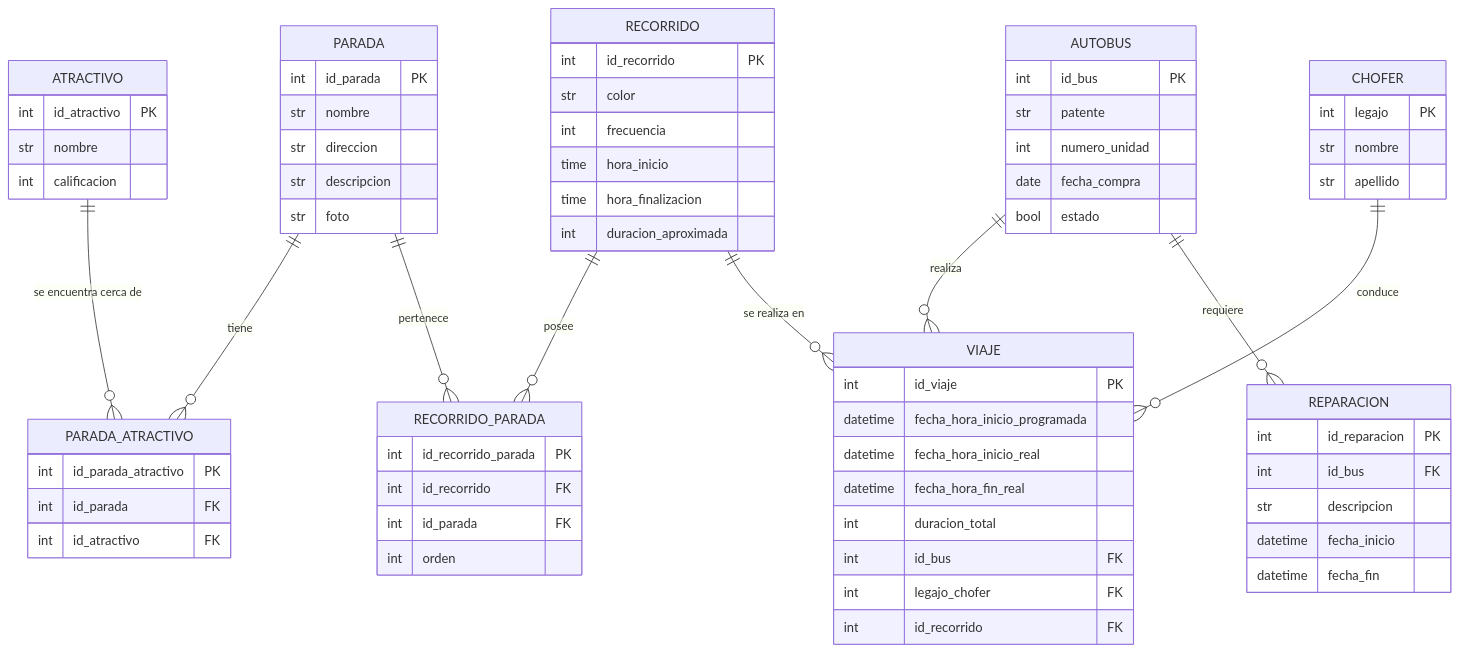
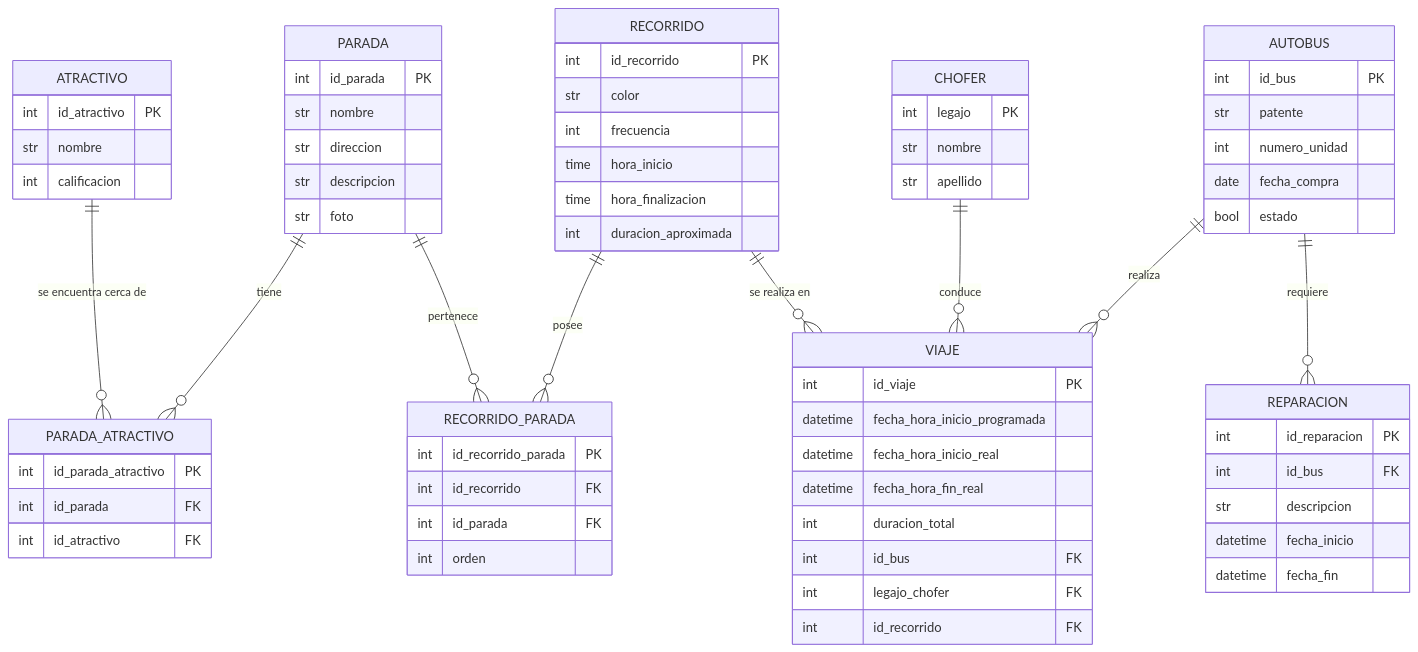
Before and after one commit to Villada-PG3/trabajo-practico-integrador-bus_turistico: the diagram in docs/derBusTuristico.mmd, drawn with Mermaid. The commit also changed other lines of this file, not shown here.

Commit message:
Actualizacion de las lineas del diagrama

```diff
--- a/docs/derBusTuristico.mmd
+++ b/docs/derBusTuristico.mmd
@@ -1,81 +1,81 @@
 erDiagram
     RECORRIDO_PARADA{
         int id_recorrido_parada PK
         int id_recorrido FK
         int id_parada FK
         int orden
     }
     
     PARADA_ATRACTIVO{
         int id_parada_atractivo PK
         int id_parada FK
         int id_atractivo FK
 
     }
     
     ATRACTIVO{
         int id_atractivo PK
         str nombre
         int calificacion
     }
     
     PARADA{
         int id_parada PK
         str nombre
         str direccion
         str descripcion
         str foto
     }
 
     RECORRIDO{
         int id_recorrido PK
         str color
         int frecuencia
         time hora_inicio
         time hora_finalizacion
         int duracion_aproximada
     }
 
     VIAJE{
         int id_viaje PK
         datetime fecha_hora_inicio_programada
         datetime fecha_hora_inicio_real
         datetime fecha_hora_fin_real
         int duracion_total
         int id_bus FK
         int legajo_chofer FK
         int id_recorrido FK
     }
 
     AUTOBUS{
         int id_bus PK
         str patente
         int numero_unidad
         date fecha_compra
         bool estado
     }
     
     CHOFER{
         int legajo PK
         str nombre
         str apellido
     }
 
     REPARACION {
         int id_reparacion PK
         int id_bus FK
         str descripcion
         datetime fecha_inicio
         datetime fecha_fin
     }
 
 %%RELACIONES:
 
 RECORRIDO ||--o{ RECORRIDO_PARADA : "posee"
 PARADA ||--o{ PARADA_ATRACTIVO : "tiene"
 PARADA ||--o{ RECORRIDO_PARADA : "pertenece"
 ATRACTIVO ||--o{ PARADA_ATRACTIVO : "se encuentra cerca de"
 RECORRIDO ||--o{ VIAJE : "se realiza en"
+CHOFER ||--o{ VIAJE : "conduce"
 AUTOBUS ||--o{ VIAJE : "realiza"
-CHOFER ||--o{ VIAJE : "conduce"
 AUTOBUS ||--o{ REPARACION : "requiere"
```
